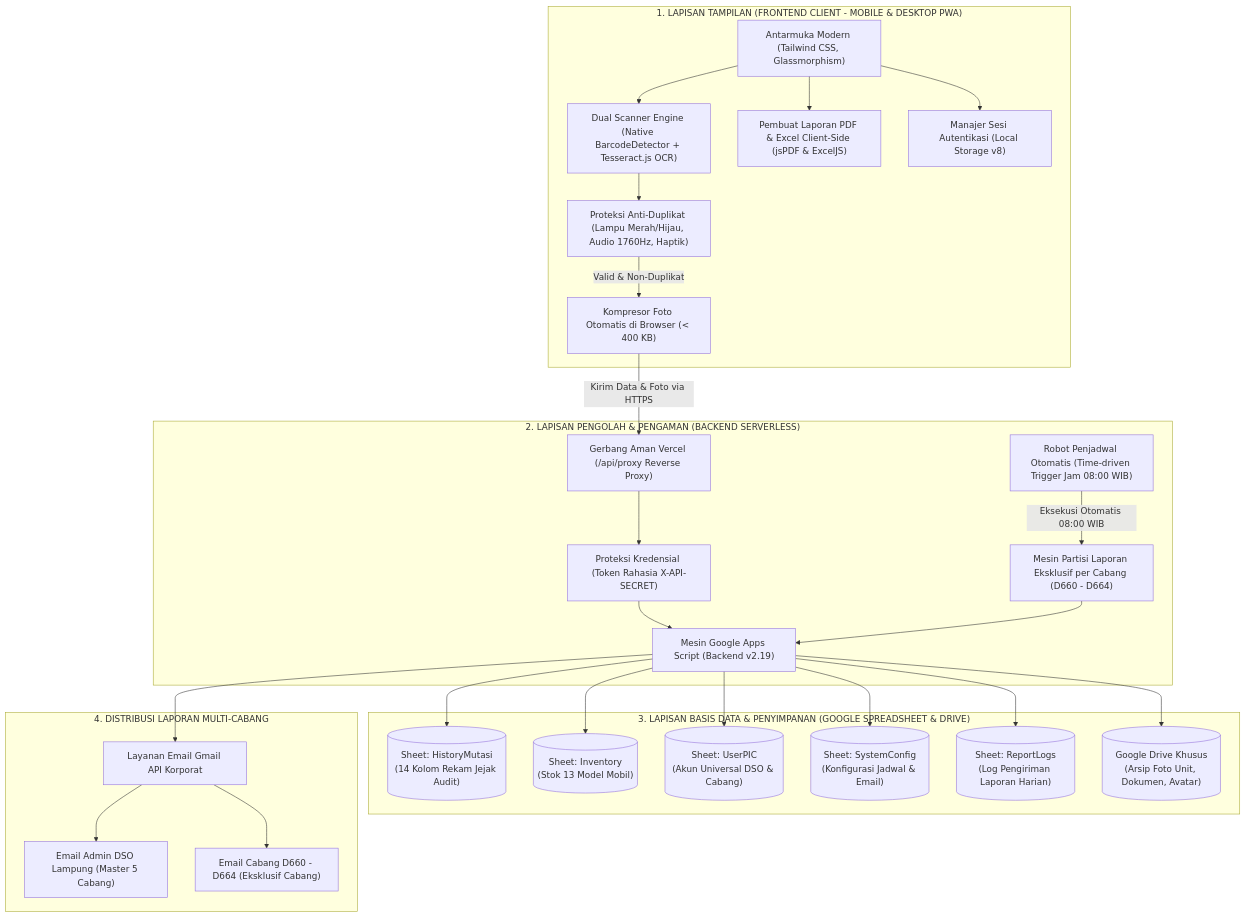
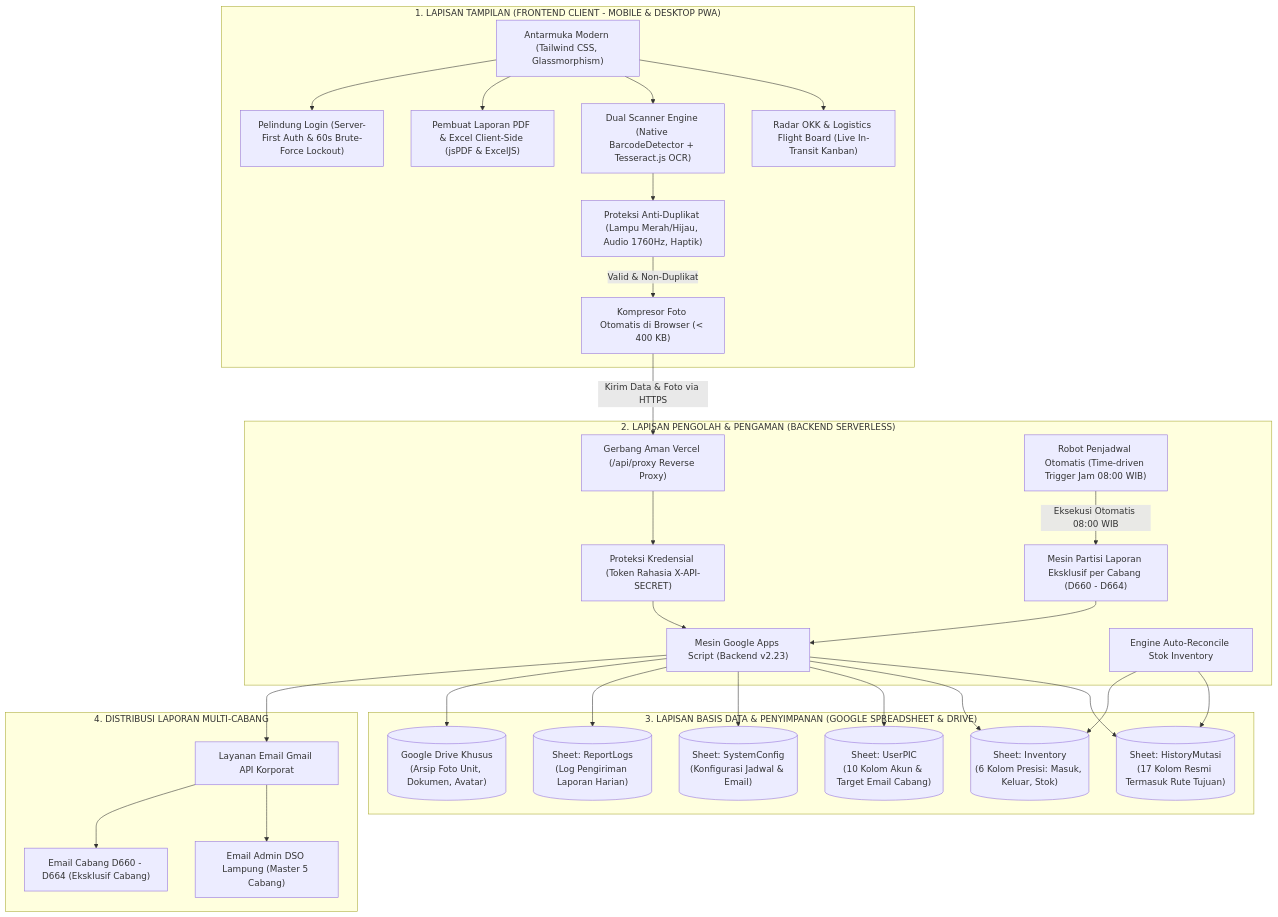
One commit to miyuraa1001/Management-StockYard changed the first of 2 diagrams in PRD.md. Above: the diagram before and after it, drawn with Mermaid. The commit also changed other lines of this file and 5 other files, not shown here.

````diff
--- a/PRD.md
+++ b/PRD.md
@@ -184,54 +187,59 @@
 ```mermaid
 flowchart TD
     subgraph Frontend["1. LAPISAN TAMPILAN (FRONTEND CLIENT - MOBILE & DESKTOP PWA)"]
         UI["Antarmuka Modern (Tailwind CSS, Glassmorphism)"]
+        FlightBoard["Radar OKK & Logistics Flight Board (Live In-Transit Kanban)"]
         Scanner["Dual Scanner Engine (Native BarcodeDetector + Tesseract.js OCR)"]
         Compress["Kompresor Foto Otomatis di Browser (< 400 KB)"]
         Sensor["Proteksi Anti-Duplikat (Lampu Merah/Hijau, Audio 1760Hz, Haptik)"]
         ClientExport["Pembuat Laporan PDF & Excel Client-Side (jsPDF & ExcelJS)"]
-        AuthPersist["Manajer Sesi Autentikasi (Local Storage v8)"]
+        AuthShield["Pelindung Login (Server-First Auth & 60s Brute-Force Lockout)"]
     end
 
     subgraph Backend["2. LAPISAN PENGOLAH & PENGAMAN (BACKEND SERVERLESS)"]
         Proxy["Gerbang Aman Vercel (/api/proxy Reverse Proxy)"]
         Secret["Proteksi Kredensial (Token Rahasia X-API-SECRET)"]
-        GAS["Mesin Google Apps Script (Backend v2.19)"]
+        GAS["Mesin Google Apps Script (Backend v2.23)"]
+        Reconcile["Engine Auto-Reconcile Stok Inventory"]
         Cron["Robot Penjadwal Otomatis (Time-driven Trigger Jam 08:00 WIB)"]
         Partition["Mesin Partisi Laporan Eksklusif per Cabang (D660 - D664)"]
     end
 
     subgraph Database["3. LAPISAN BASIS DATA & PENYIMPANAN (GOOGLE SPREADSHEET & DRIVE)"]
-        Sheet1[("Sheet: HistoryMutasi\n(14 Kolom Rekam Jejak Audit)")]
-        Sheet2[("Sheet: Inventory\n(Stok 13 Model Mobil)")]
-        Sheet3[("Sheet: UserPIC\n(Akun Universal DSO & Cabang)")]
+        Sheet1[("Sheet: HistoryMutasi\n(17 Kolom Resmi Termasuk Rute Tujuan)")]
+        Sheet2[("Sheet: Inventory\n(6 Kolom Presisi: Masuk, Keluar, Stok)")]
+        Sheet3[("Sheet: UserPIC\n(10 Kolom Akun & Target Email Cabang)")]
         Sheet4[("Sheet: SystemConfig\n(Konfigurasi Jadwal & Email)")]
         Sheet5[("Sheet: ReportLogs\n(Log Pengiriman Laporan Harian)")]
         Drive[("Google Drive Khusus\n(Arsip Foto Unit, Dokumen, Avatar)")]
     end
 
     subgraph Output["4. DISTRIBUSI LAPORAN MULTI-CABANG"]
         Gmail["Layanan Email Gmail API Korporat"]
         MasterRep["Email Admin DSO Lampung (Master 5 Cabang)"]
         BranchRep["Email Cabang D660 - D664 (Eksklusif Cabang)"]
     end
 
+    UI --> FlightBoard
     UI --> Scanner
     Scanner --> Sensor
     Sensor -->|Valid & Non-Duplikat| Compress
     Compress -->|Kirim Data & Foto via HTTPS| Proxy
     Proxy --> Secret
     Secret --> GAS
     GAS --> Sheet1
     GAS --> Sheet2
     GAS --> Sheet3
     GAS --> Sheet4
     GAS --> Sheet5
     GAS --> Drive
+    Reconcile --> Sheet1
+    Reconcile --> Sheet2
     Cron -->|Eksekusi Otomatis 08:00 WIB| Partition
     Partition --> GAS
     GAS --> Gmail
     Gmail --> MasterRep
     Gmail --> BranchRep
     UI --> ClientExport
-    UI --> AuthPersist
+    UI --> AuthShield
 ```
````
